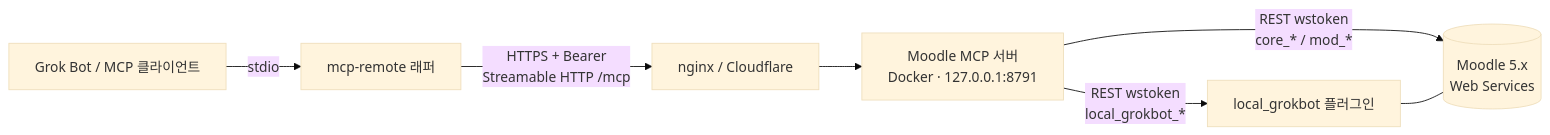
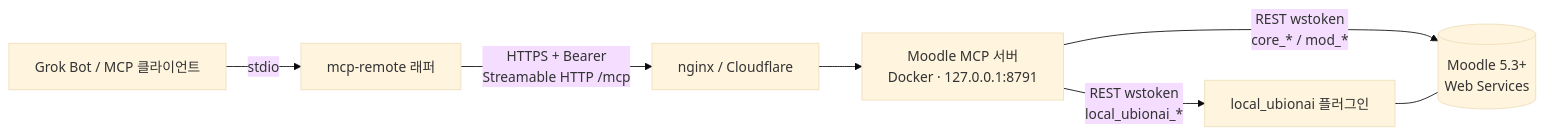
The diagram in README.md (scottnaddle/moodle-agent-mcp), drawn with Mermaid (base theme) before and after one commit. The commit also changed other lines of this file and 24 other files, not shown here.

First line of the commit message:
local_grokbot → local_ubionai 분리 (플러그인은 moodle-local_ubionai 리포) (#1)

````diff
--- a/README.md
+++ b/README.md
@@ -27,9 +27,9 @@
 ```mermaid
 flowchart LR
   G[Grok Bot / MCP 클라이언트] -- stdio --> R[mcp-remote 래퍼]
   R -- "HTTPS + Bearer<br/>Streamable HTTP /mcp" --> N[nginx / Cloudflare]
   N --> S[Moodle MCP 서버<br/>Docker · 127.0.0.1:8791]
-  S -- "REST wstoken<br/>core_* / mod_*" --> M[(Moodle 5.x<br/>Web Services)]
-  S -- "REST wstoken<br/>local_grokbot_*" --> P[local_grokbot 플러그인]
+  S -- "REST wstoken<br/>core_* / mod_*" --> M[(Moodle 5.3+<br/>Web Services)]
+  S -- "REST wstoken<br/>local_ubionai_*" --> P[local_ubionai 플러그인]
   P --- M
 ```
````
